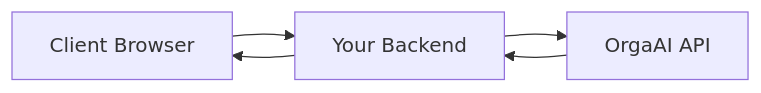
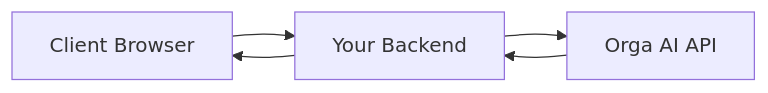
Before and after one commit to OrgaAI/orga-ai-sdk-monorepo: the diagram in packages/client/react/README.md, drawn with Mermaid. The commit also changed other lines of this file and 9 other files, not shown here.

````diff
--- a/packages/client/react/README.md
+++ b/packages/client/react/README.md
@@ -304,7 +304,7 @@
 ```mermaid
 graph LR
     A[Client Browser] --> B[Your Backend]
-    B --> C[OrgaAI API]
+    B --> C[Orga AI API]
     C --> B
     B --> A
 ```
````
